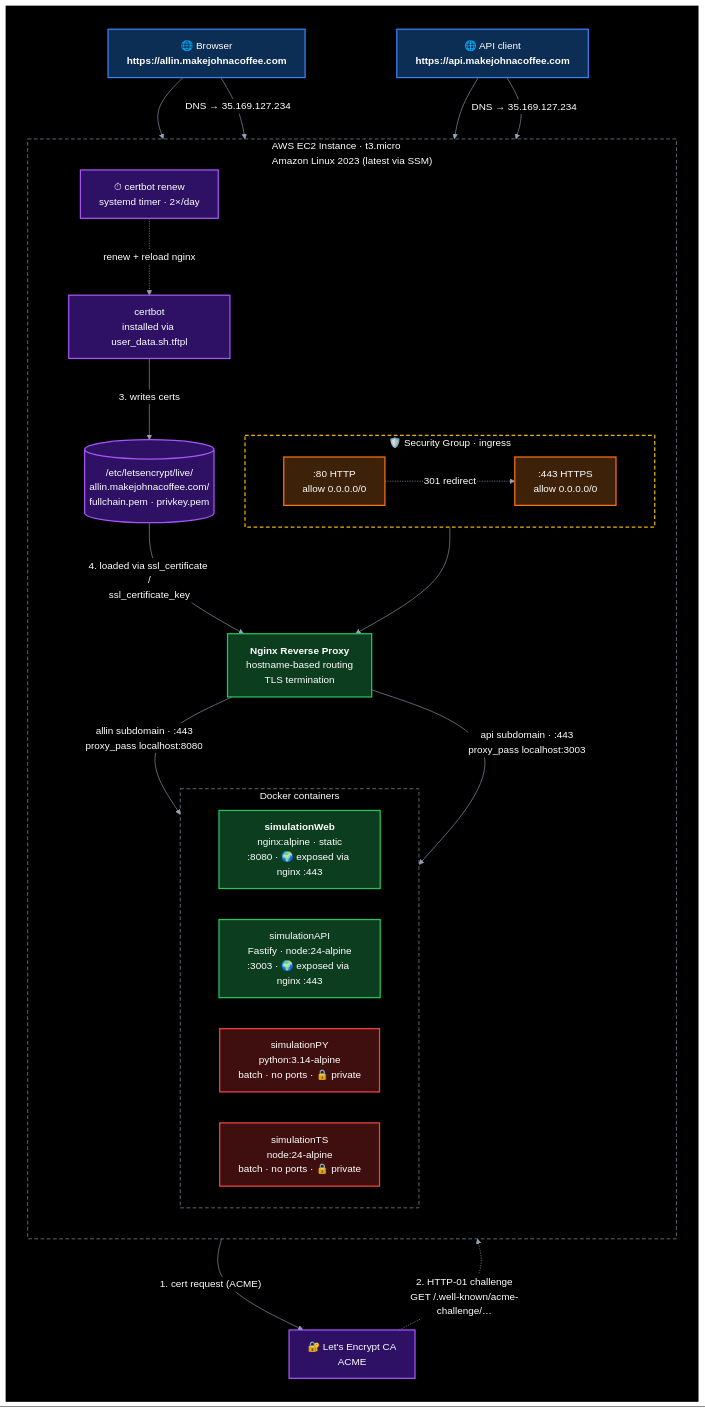
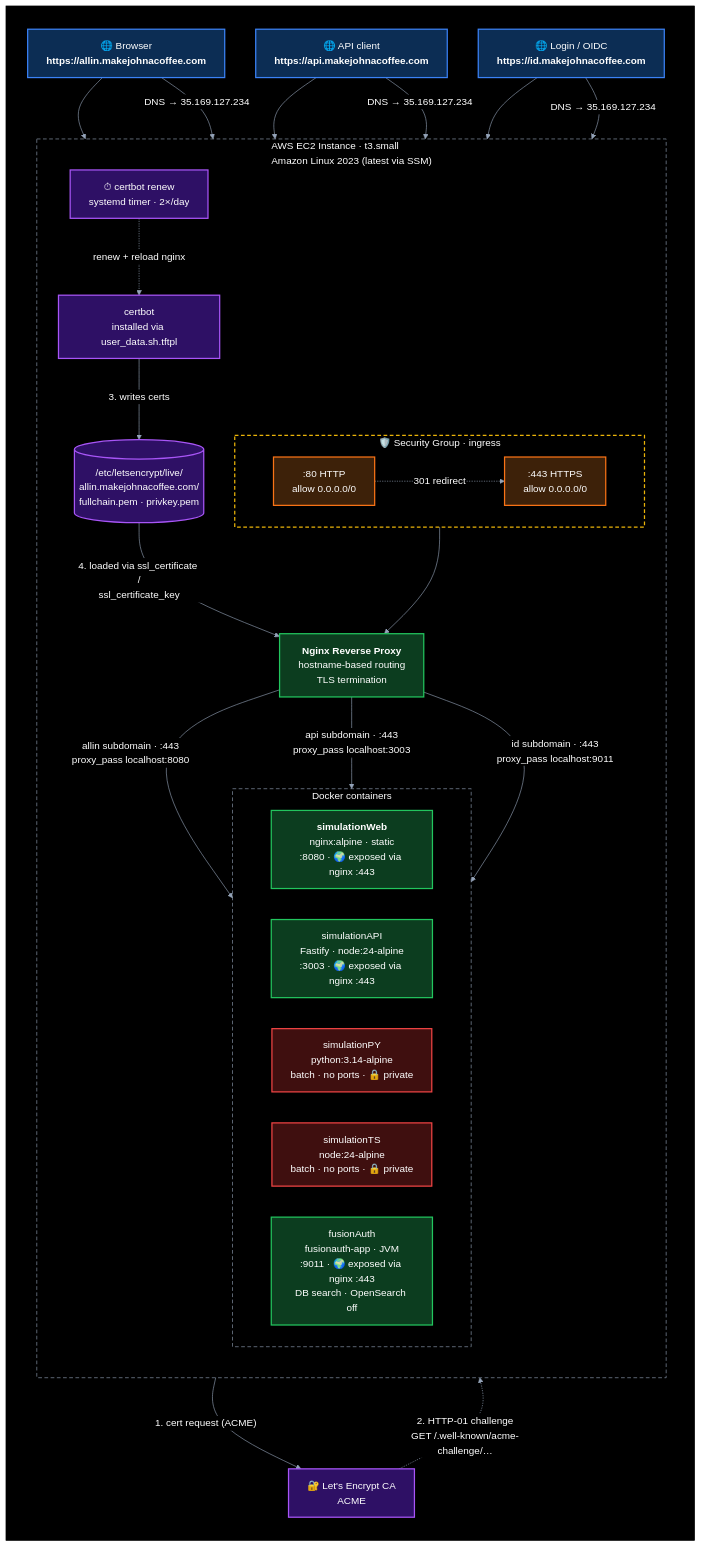
One commit to jbframe/big-equity changed the diagram in README.md. Above: the diagram before and after it, drawn with Mermaid. The commit also changed other lines of this file and 11 other files, not shown here.

First line of the commit message:
Add FusionAuth container; t3.small; OpenSearch off

````diff
--- a/README.md
+++ b/README.md
@@ -36,69 +38,76 @@
 ```mermaid
 %%{init: {'themeVariables': {'edgeLabelBackground': '#000000'}}}%%
 graph TD
     subgraph BG[" "]
     direction TB
     Client["🌐 Browser<br/><b>https://allin.makejohnacoffee.com</b>"]
     APIClient["🌐 API client<br/><b>https://api.makejohnacoffee.com</b>"]
+    AuthClient["🌐 Login / OIDC<br/><b>https://id.makejohnacoffee.com</b>"]
     LE["🔐 Let's Encrypt CA<br/>ACME"]
 
     Client --> Port80
     Client -- "DNS → 35.169.127.234" --> Port443
     APIClient --> Port80
     APIClient -- "DNS → 35.169.127.234" --> Port443
+    AuthClient --> Port80
+    AuthClient -- "DNS → 35.169.127.234" --> Port443
 
-    subgraph EC2["AWS EC2 Instance · t3.micro<br/>Amazon Linux 2023 (latest via SSM)"]
+    subgraph EC2["AWS EC2 Instance · t3.small<br/>Amazon Linux 2023 (latest via SSM)"]
         direction TB
 
         subgraph SG["🛡️ Security Group · ingress"]
             direction LR
             Port80[":80 HTTP<br/>allow 0.0.0.0/0"]
             Port443[":443 HTTPS<br/>allow 0.0.0.0/0"]
         end
         Port80 -. "301 redirect" .-> Port443
 
         Nginx["<b>Nginx Reverse Proxy</b><br/>hostname-based routing<br/>TLS termination"]
         Port443 --> Nginx
 
         Certbot["certbot<br/>installed via user_data.sh.tftpl"]
         Certs[("/etc/letsencrypt/live/<br/>allin.makejohnacoffee.com/<br/>fullchain.pem · privkey.pem")]
         Timer["⏱ certbot renew<br/>systemd timer · 2×/day"]
 
         subgraph Docker["Docker containers"]
             direction LR
             Web["<b>simulationWeb</b><br/>nginx:alpine · static<br/>:8080 · 🌍 exposed via nginx :443"]
             API["simulationAPI<br/>Fastify · node:24-alpine<br/>:3003 · 🌍 exposed via nginx :443"]
             PY["simulationPY<br/>python:3.14-alpine<br/>batch · no ports · 🔒 private"]
             TS["simulationTS<br/>node:24-alpine<br/>batch · no ports · 🔒 private"]
+            Auth["fusionAuth<br/>fusionauth-app · JVM<br/>:9011 · 🌍 exposed via nginx :443<br/>DB search · OpenSearch off"]
         end
 
         Nginx -- "allin subdomain · :443<br/>proxy_pass localhost:8080" --> Web
         Nginx -- "api subdomain · :443<br/>proxy_pass localhost:3003" --> API
+        Nginx -- "id subdomain · :443<br/>proxy_pass localhost:9011" --> Auth
     end
 
     Certbot -- "1. cert request (ACME)" --> LE
     LE -. "2. HTTP-01 challenge<br/>GET /.well-known/acme-challenge/…" .-> Port80
     Certbot -- "3. writes certs" --> Certs
     Certs -- "4. loaded via ssl_certificate /<br/>ssl_certificate_key" --> Nginx
     Timer -. "renew + reload nginx" .-> Certbot
     end
 
     style BG fill:#000000,stroke:#000000
     style Client fill:#0c2d54,stroke:#3b82f6,stroke-width:2px,color:#ffffff
     style APIClient fill:#0c2d54,stroke:#3b82f6,stroke-width:2px,color:#ffffff
+    style AuthClient fill:#0c2d54,stroke:#3b82f6,stroke-width:2px,color:#ffffff
     style LE fill:#2e1065,stroke:#a855f7,stroke-width:2px,color:#ffffff
     style Port80 fill:#3d2109,stroke:#f97316,stroke-width:2px,color:#ffffff
     style Port443 fill:#3d2109,stroke:#f97316,stroke-width:2px,color:#ffffff
     style Nginx fill:#0c3d1f,stroke:#22c55e,stroke-width:2px,color:#ffffff
     style Web fill:#0c3d1f,stroke:#22c55e,stroke-width:2px,color:#ffffff
     style API fill:#0c3d1f,stroke:#22c55e,stroke-width:2px,color:#ffffff
+    style Auth fill:#0c3d1f,stroke:#22c55e,stroke-width:2px,color:#ffffff
     style PY fill:#3f0f0f,stroke:#ef4444,stroke-width:2px,color:#ffffff
     style TS fill:#3f0f0f,stroke:#ef4444,stroke-width:2px,color:#ffffff
     style Certbot fill:#2e1065,stroke:#a855f7,stroke-width:2px,color:#ffffff
     style Certs fill:#2e1065,stroke:#a855f7,stroke-width:2px,color:#ffffff
     style Timer fill:#2e1065,stroke:#a855f7,stroke-width:2px,color:#ffffff
     style EC2 fill:transparent,stroke:#94a3b8,stroke-dasharray:6 4,color:#ffffff
     style SG fill:transparent,stroke:#eab308,stroke-dasharray:6 4,stroke-width:2px,color:#ffffff
     style Docker fill:transparent,stroke:#94a3b8,stroke-dasharray:6 4,color:#ffffff
     linkStyle default stroke:#94a3b8,color:#ffffff
 ```
````
